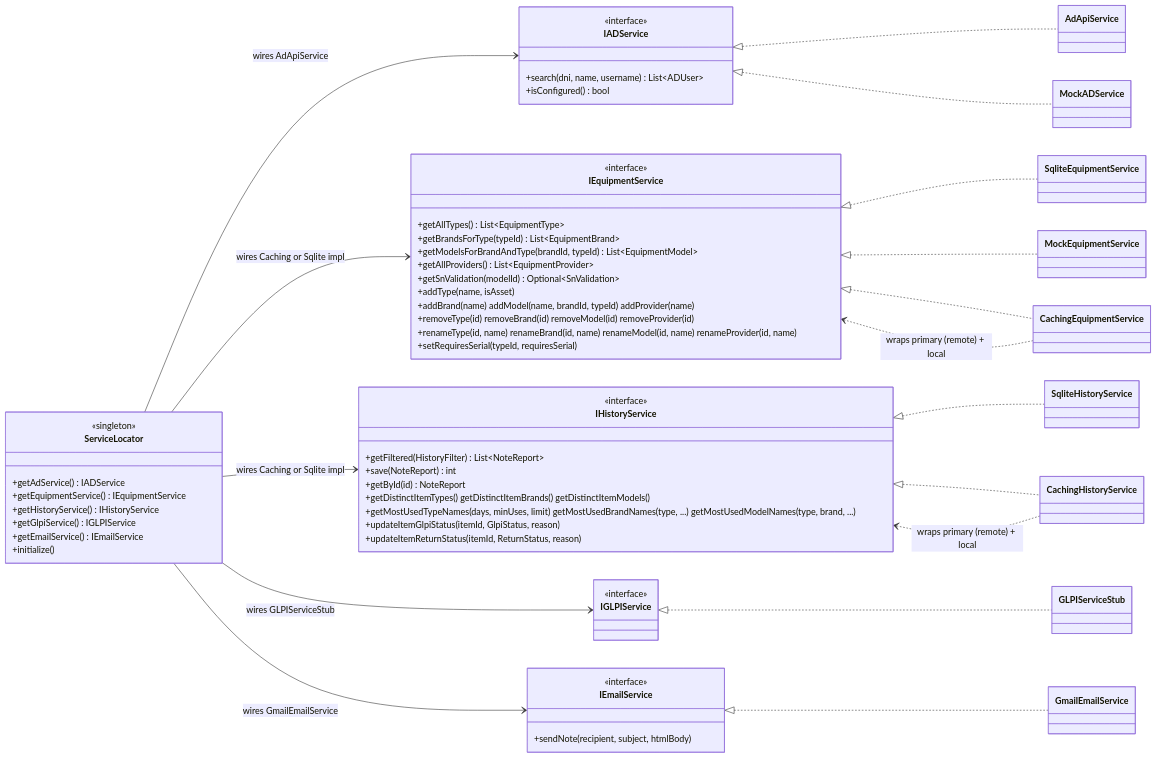
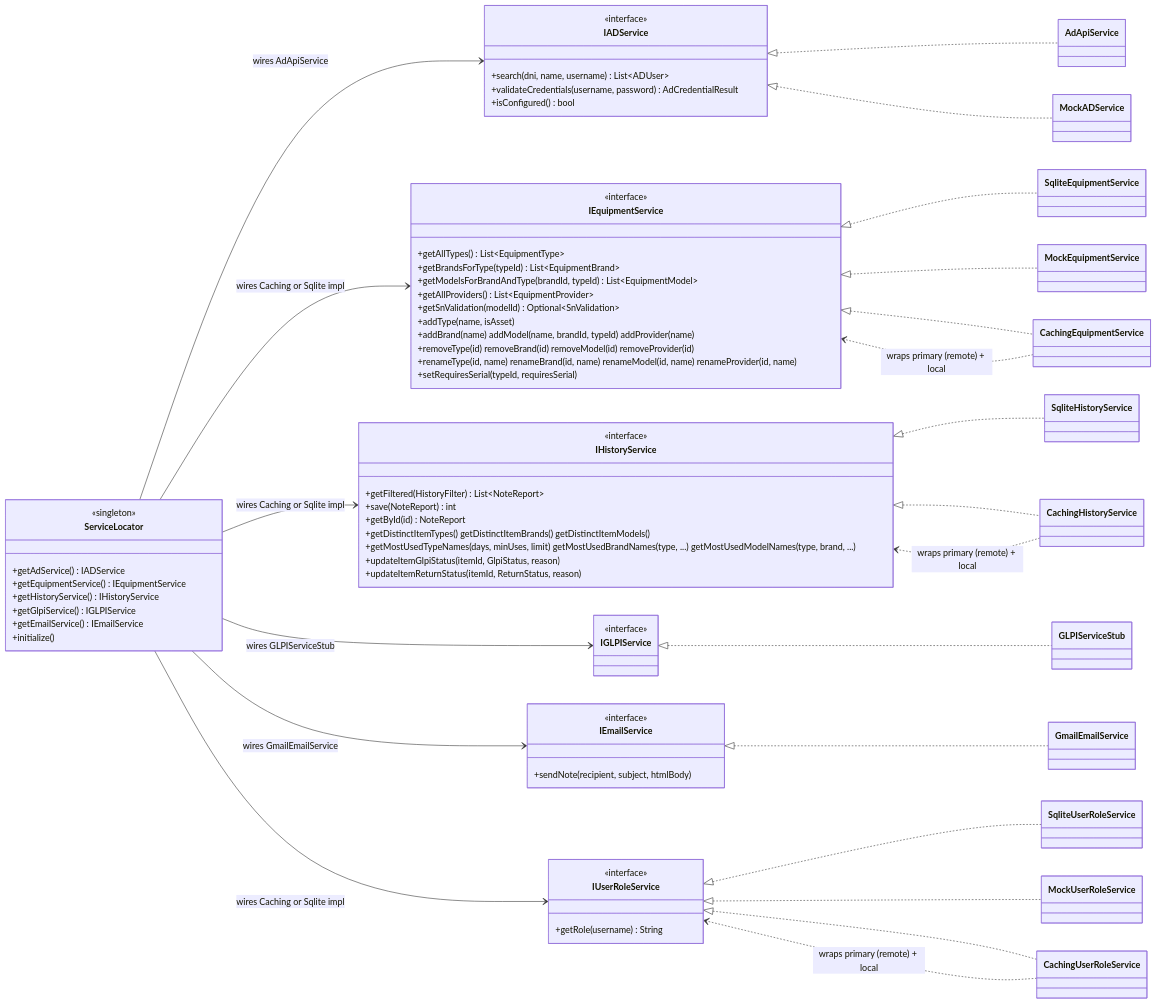
Before and after one commit to Bunshock/nexus-it: the second of 3 diagrams in docs/architecture.md, drawn with Mermaid. The commit also changed other lines of this file and 34 other files, not shown here.

````diff
--- a/docs/architecture.md
+++ b/docs/architecture.md
@@ -182,12 +182,25 @@
     class IADService {
         <<interface>>
         +search(dni, name, username) List~ADUser~
+        +validateCredentials(username, password) AdCredentialResult
         +isConfigured() bool
     }
     class AdApiService
     class MockADService
     IADService <|.. AdApiService
     IADService <|.. MockADService
+
+    class IUserRoleService {
+        <<interface>>
+        +getRole(username) String
+    }
+    class SqliteUserRoleService
+    class MockUserRoleService
+    class CachingUserRoleService
+    IUserRoleService <|.. SqliteUserRoleService
+    IUserRoleService <|.. MockUserRoleService
+    IUserRoleService <|.. CachingUserRoleService
+    CachingUserRoleService ..> IUserRoleService : wraps primary (remote) + local
 
     class IEquipmentService {
         <<interface>>
@@ -253,4 +266,5 @@
     ServiceLocator --> IHistoryService : wires Caching or Sqlite impl
     ServiceLocator --> IGLPIService : wires GLPIServiceStub
     ServiceLocator --> IEmailService : wires GmailEmailService
+    ServiceLocator --> IUserRoleService : wires Caching or Sqlite impl
 ```
````
